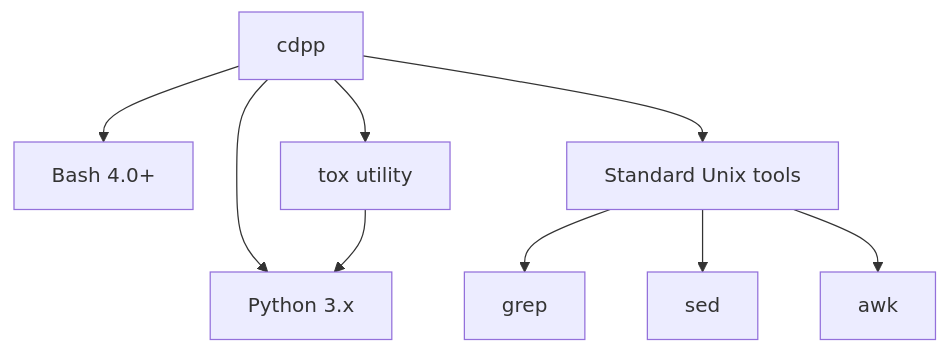
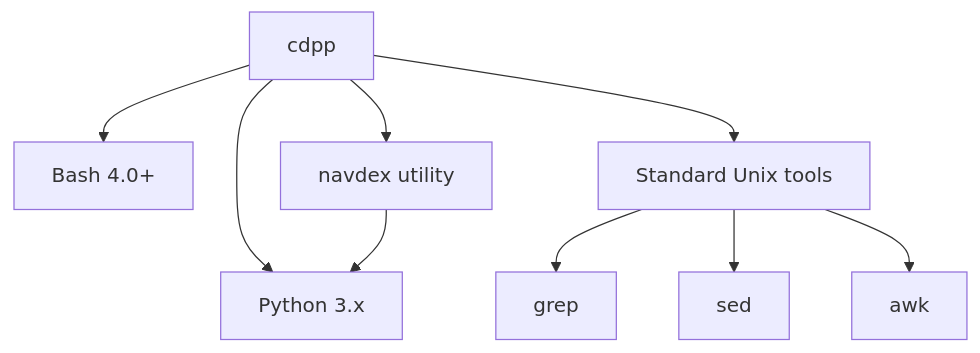
The fifth of 6 diagrams in docs/architecture.md (sanekits/cdpp), drawn with Mermaid before and after one commit. The commit also changed other lines of this file and 6 other files, not shown here.

First line of the commit message:
Refactor directory navigation utility from 'tox' to 'navdex'

````diff
--- a/docs/architecture.md
+++ b/docs/architecture.md
@@ -122,11 +122,11 @@
 ```mermaid
 graph TD
     A[cdpp] --> B[Bash 4.0+]
     A --> C[Python 3.x]
-    A --> D[tox utility]
+    A --> D[navdex utility]
     D --> C
     A --> E[Standard Unix tools]
     E --> F[grep]
     E --> G[sed]
     E --> H[awk]
 ```
````
